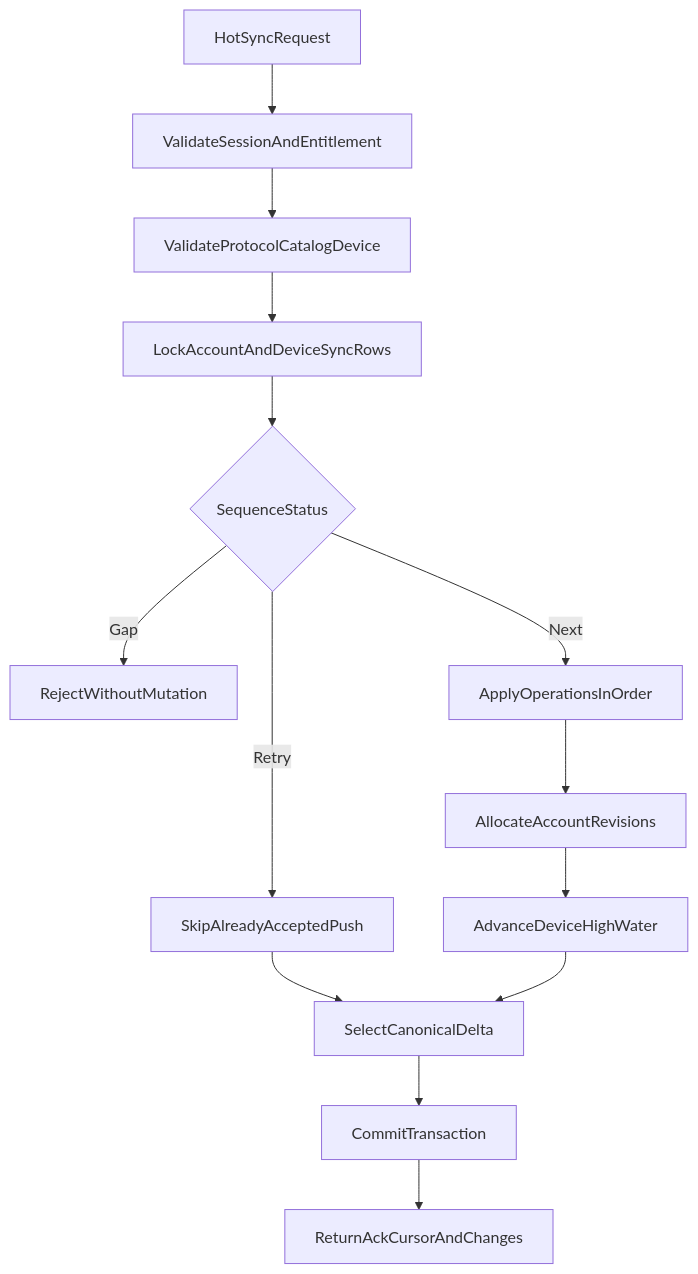
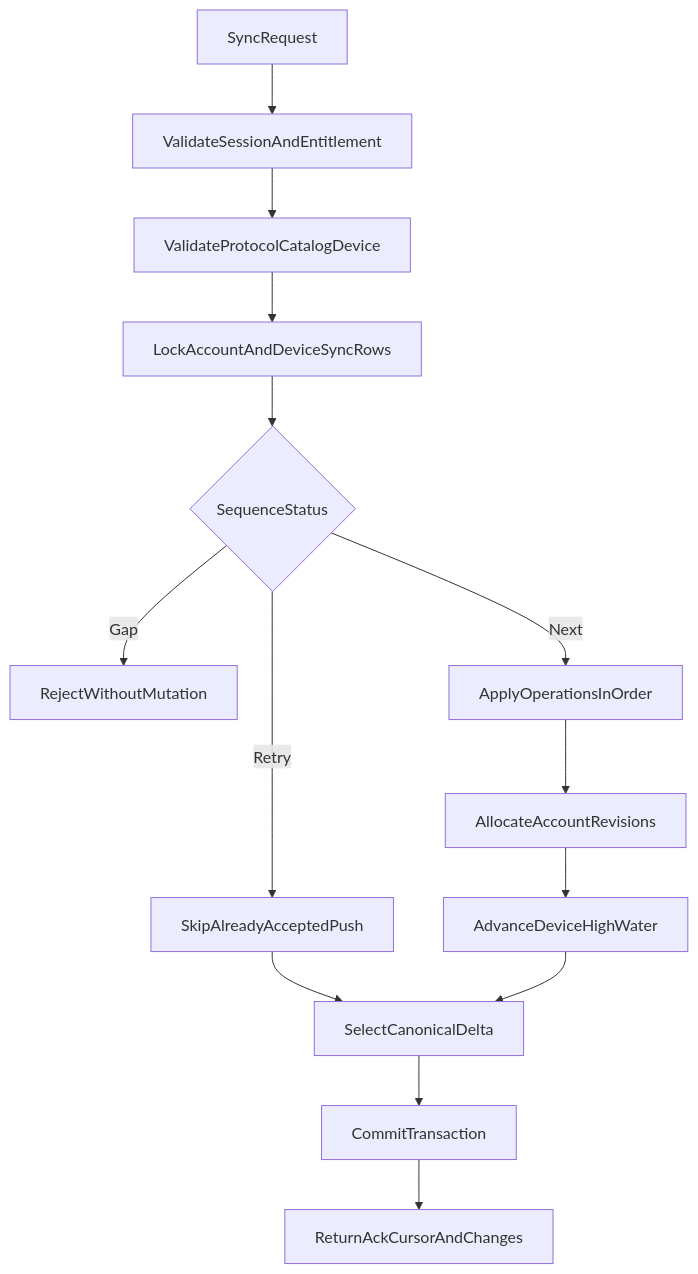
One commit to PikaPikaGems/kanji-heatmap changed the second of 5 diagrams in docs/notes/STUDY-ENGINE-BRAINSTORM/STUDY-ENGINE-DESIGN/SYNC-AND-BACKEND.md. Above: the diagram before and after it, drawn with Mermaid. The commit also changed other lines of this file and 8 other files, not shown here.

````diff
--- a/docs/notes/STUDY-ENGINE-BRAINSTORM/STUDY-ENGINE-DESIGN/SYNC-AND-BACKEND.md
+++ b/docs/notes/STUDY-ENGINE-BRAINSTORM/STUDY-ENGINE-DESIGN/SYNC-AND-BACKEND.md
@@ -321,16 +352,16 @@
 ```mermaid
 flowchart TD
-    Request[HotSyncRequest] --> Auth[ValidateSessionAndEntitlement]
+    Request[SyncRequest] --> Auth[ValidateSessionAndEntitlement]
     Auth --> Compatibility[ValidateProtocolCatalogDevice]
     Compatibility --> Lock[LockAccountAndDeviceSyncRows]
     Lock --> Sequence{SequenceStatus}
     Sequence -->|Retry| SkipPush[SkipAlreadyAcceptedPush]
     Sequence -->|Gap| RejectGap[RejectWithoutMutation]
     Sequence -->|Next| Apply[ApplyOperationsInOrder]
     Apply --> Revisions[AllocateAccountRevisions]
     Revisions --> Ack[AdvanceDeviceHighWater]
     SkipPush --> Pull[SelectCanonicalDelta]
     Ack --> Pull
     Pull --> Commit[CommitTransaction]
     Commit --> Response[ReturnAckCursorAndChanges]
 ```
````
